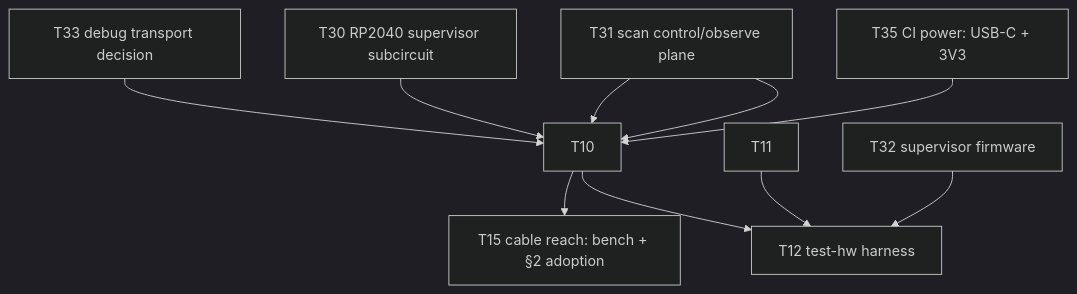
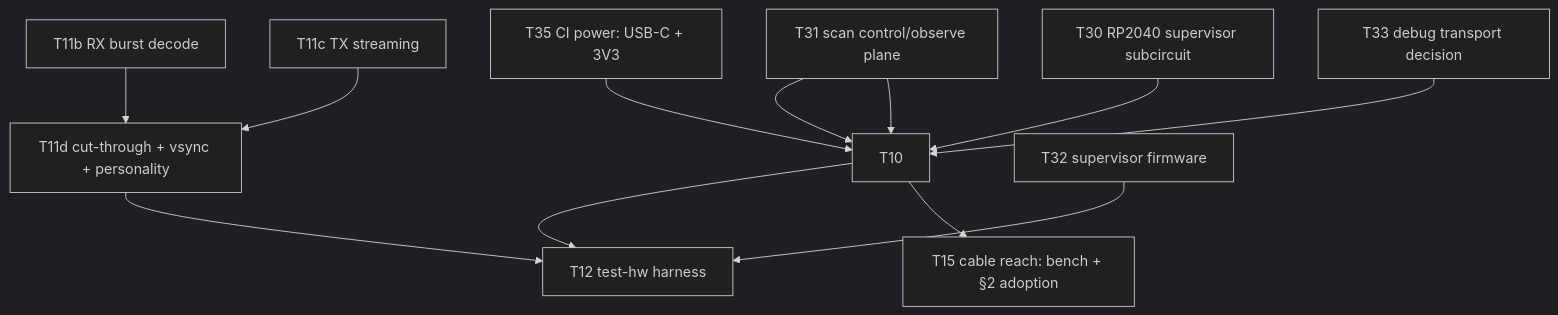
One commit to kristofferkoch/oparroy changed the diagram in KANBAN.md. Above: the diagram before and after it, drawn with Mermaid (dark theme). The commit also changed other lines of this file, not shown here.

````diff
--- a/KANBAN.md
+++ b/KANBAN.md
@@ -34,12 +34,14 @@
 ```mermaid
 graph TD
     T31[T31 scan control/observe plane] --> T10
     T35[T35 CI power: USB-C + 3V3] --> T10
     T30[T30 RP2040 supervisor subcircuit] --> T10
     T31 --> T10
     T33[T33 debug transport decision] --> T10
     T10 --> T12[T12 test-hw harness]
     T10 --> T15[T15 cable reach: bench + §2 adoption]
-    T11 --> T12
+    T11b[T11b RX burst decode] --> T11d
+    T11c[T11c TX streaming] --> T11d
+    T11d[T11d cut-through + vsync + personality] --> T12
     T32[T32 supervisor firmware] --> T12
 ```
````
